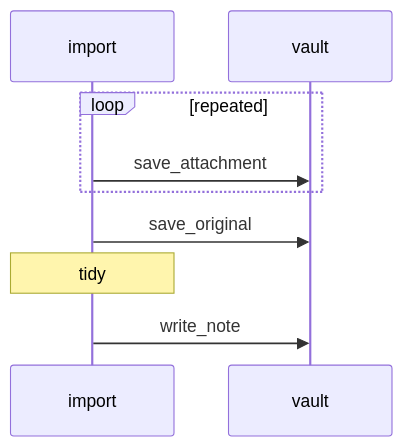
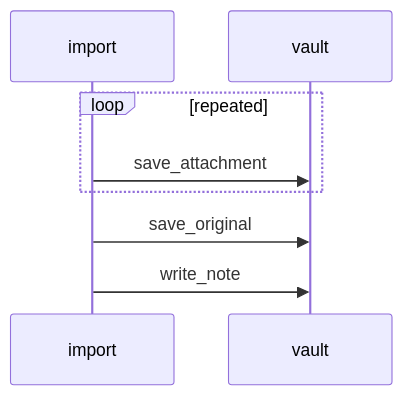
One commit to rabalyn/shale changed the diagram in docs/dataflow/import-mail-text.md. Above: the diagram before and after it, drawn with Mermaid. The commit also changed other lines of this file and 5 other files, not shown here.

First line of the commit message:
Import dataflow: files and web drops are flows of their own, no span for tidy (DEV-030)

````diff
--- a/docs/dataflow/import-mail-text.md
+++ b/docs/dataflow/import-mail-text.md
@@ -8,11 +8,10 @@
 ```mermaid
 sequenceDiagram
     participant import
     participant vault
     loop repeated
         import->>vault: save_attachment
     end
     import->>vault: save_original
-    Note over import: tidy
     import->>vault: write_note
 ```
````
